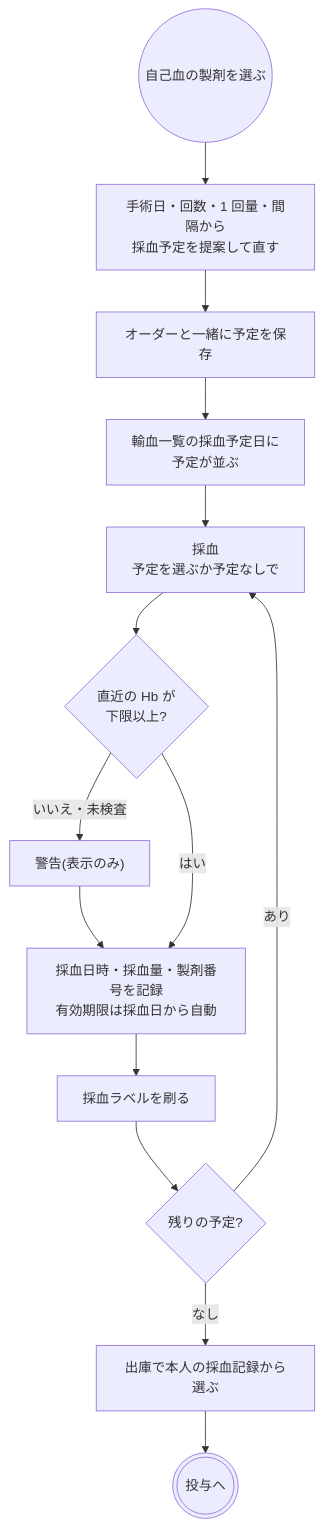
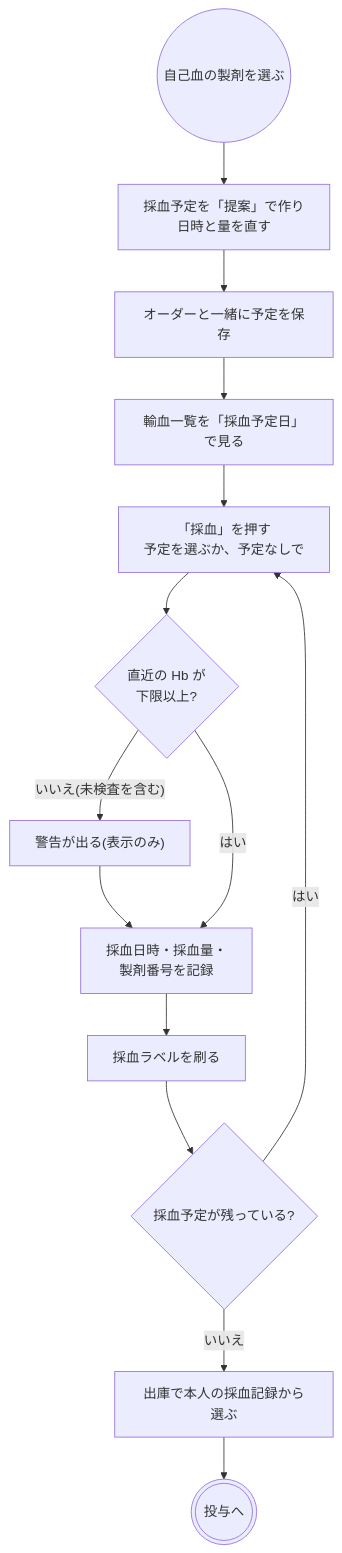
The fifth of 16 diagrams in docs/order-flows/transfusion.md (ysnr-dev/fhir-client), drawn with Mermaid before and after one commit. The commit also changed other lines of this file and 14 other files, not shown here.

Commit message:
docs: 業務フローに書き方の決まりを追加し図と用語を整理

````diff
--- a/docs/order-flows/transfusion.md
+++ b/docs/order-flows/transfusion.md
@@ -200,22 +311,22 @@
 ```mermaid
 flowchart TD
   order(("自己血の製剤を選ぶ"))
-  propose["手術日・回数・1 回量・間隔から<br/>採血予定を提案して直す"]
+  propose["採血予定を「提案」で作り<br/>日時と量を直す"]
   save["オーダーと一緒に予定を保存"]
-  list["輸血一覧の採血予定日に<br/>予定が並ぶ"]
-  collect["採血<br/>予定を選ぶか予定なしで"]
+  list["輸血一覧を「採血予定日」で見る"]
+  collect["「採血」を押す<br/>予定を選ぶか、予定なしで"]
   hb{"直近の Hb が<br/>下限以上?"}
-  hbWarn["警告(表示のみ)"]
-  record["採血日時・採血量・製剤番号を記録<br/>有効期限は採血日から自動"]
+  hbWarn["警告が出る(表示のみ)"]
+  record["採血日時・採血量・<br/>製剤番号を記録"]
   label["採血ラベルを刷る"]
-  more{"残りの予定?"}
+  more{"採血予定が残っている?"}
   dispense["出庫で本人の採血記録から選ぶ"]
   done((("投与へ")))
 
   order --> propose --> save --> list --> collect --> hb
-  hb -- "いいえ・未検査" --> hbWarn --> record
+  hb -- "いいえ(未検査を含む)" --> hbWarn --> record
   hb -- "はい" --> record
   record --> label --> more
-  more -- "あり" --> collect
-  more -- "なし" --> dispense --> done
+  more -- "はい" --> collect
+  more -- "いいえ" --> dispense --> done
 ```
````
